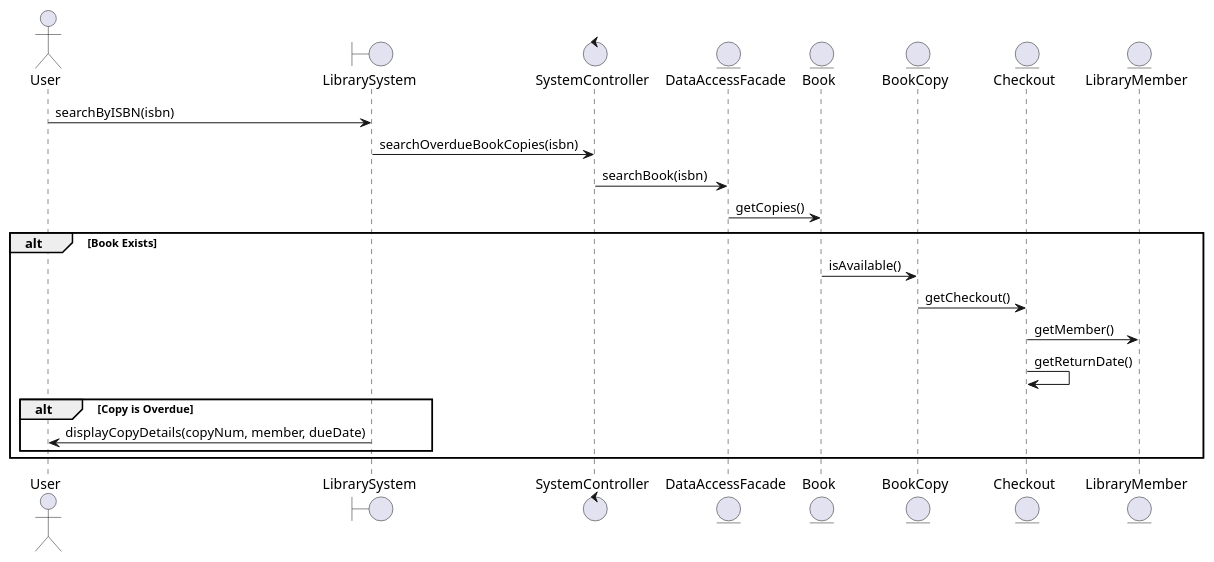
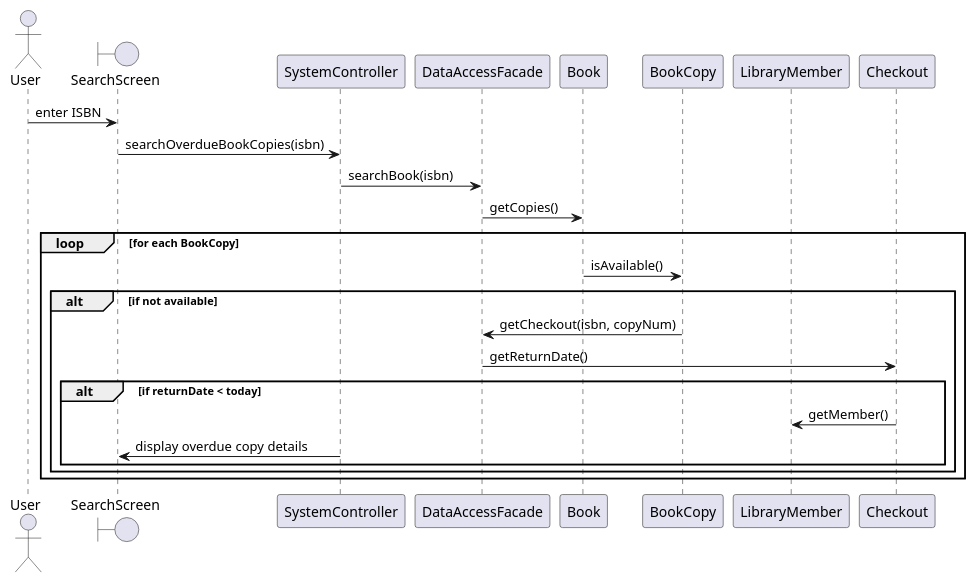
One commit to mohammed-almassri/LibraryGroupD changed the diagram in src/uml/seq3-opt.puml. Above: the diagram before and after it, drawn with PlantUML. The commit also changed 1 other file, not shown here.

```diff
--- a/src/uml/seq3-opt.puml
+++ b/src/uml/seq3-opt.puml
@@ -1,30 +1,30 @@
 @startuml
 
 actor User
 
-boundary "LibrarySystem" as ls
-control "SystemController" as sc
-entity "DataAccessFacade" as da
-entity "Book" as b
-entity "BookCopy" as bc
-entity "Checkout" as co
-entity "LibraryMember" as lm
+boundary SearchScreen
+participant SystemController
+participant DataAccessFacade
+participant Book
+participant BookCopy
+participant LibraryMember
+participant Checkout
 
-User -> ls: searchByISBN(isbn)
-ls -> sc: searchOverdueBookCopies(isbn)
+User -> SearchScreen: enter ISBN
+SearchScreen -> SystemController: searchOverdueBookCopies(isbn)
+SystemController -> DataAccessFacade: searchBook(isbn)
+DataAccessFacade -> Book: getCopies()
 
-sc -> da: searchBook(isbn)
-da -> b: getCopies()
-
-alt Book Exists
-    b -> bc: isAvailable()
-    bc -> co: getCheckout()
-    co -> lm: getMember()
-    co -> co: getReturnDate()
-    
-    alt Copy is Overdue
-        ls -> User: displayCopyDetails(copyNum, member, dueDate)
+loop for each BookCopy
+    Book -> BookCopy: isAvailable()
+    alt if not available
+        BookCopy -> DataAccessFacade: getCheckout(isbn, copyNum)
+        DataAccessFacade -> Checkout: getReturnDate()
+        alt if returnDate < today
+            Checkout -> LibraryMember: getMember()
+            SystemController -> SearchScreen: display overdue copy details
+        end
     end
 end
 
 @enduml
```
